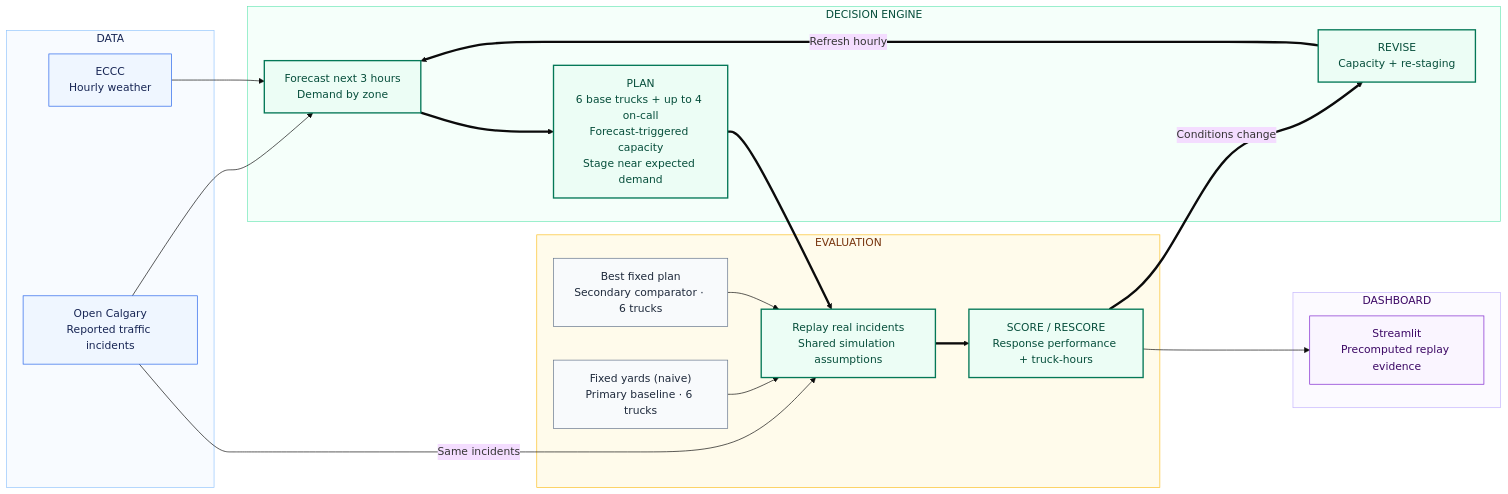
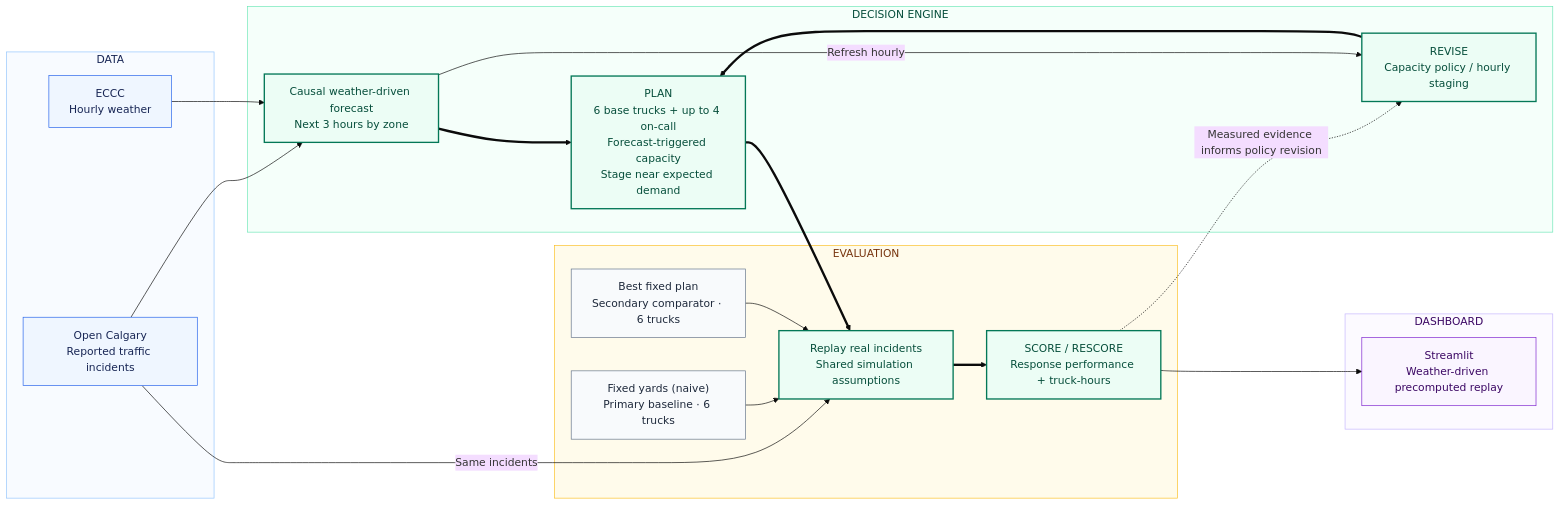
The diagram in docs/architecture-visual.md (Drakooz/Stormstage), drawn with Mermaid (base theme) before and after one commit. The commit also changed other lines of this file and 6 other files, not shown here.

Commit message:
Finalize judge-facing weather-driven evidence

````diff
--- a/docs/architecture-visual.md
+++ b/docs/architecture-visual.md
@@ -5,51 +5,51 @@
 ```mermaid
-%% Final design: current replay/results use B's stand-in forecast.
-%% A's final weather-driven forecast integration and evaluation are pending.
+%% Integrated source a: causal weather-driven forecast and saved replay evidence.
 flowchart LR
     subgraph DATA["DATA"]
         I["Open Calgary<br/>Reported traffic incidents"]
         W["ECCC<br/>Hourly weather"]
     end
 
     subgraph ENGINE["DECISION ENGINE"]
-        F["Forecast next 3 hours<br/>Demand by zone"]
+        F["Causal weather-driven forecast<br/>Next 3 hours by zone"]
         P["PLAN<br/>6 base trucks + up to 4 on-call<br/>Forecast-triggered capacity<br/>Stage near expected demand"]
-        V["REVISE<br/>Capacity + re-staging"]
+        V["REVISE<br/>Capacity policy / hourly staging"]
     end
 
     subgraph EVAL["EVALUATION"]
         B1["Fixed yards (naive)<br/>Primary baseline · 6 trucks"]
         B2["Best fixed plan<br/>Secondary comparator · 6 trucks"]
         R["Replay real incidents<br/>Shared simulation assumptions"]
         S["SCORE / RESCORE<br/>Response performance + truck-hours"]
     end
 
     subgraph DASH["DASHBOARD"]
-        D["Streamlit<br/>Precomputed replay evidence"]
+        D["Streamlit<br/>Weather-driven precomputed replay"]
     end
 
     I --> F
     W --> F
     F ==> P
     P ==> R
     I -->|Same incidents| R
     B1 --> R
     B2 --> R
     R ==> S
-    S ==>|Conditions change| V
-    V ==>|Refresh hourly| F
+    S -.->|Measured evidence informs policy revision| V
+    F -->|Refresh hourly| V
+    V ==> P
     S --> D
 
     classDef data fill:#eff6ff,stroke:#2563eb,color:#172554
     classDef loop fill:#ecfdf5,stroke:#047857,color:#064e3b,stroke-width:2px
     classDef baseline fill:#f8fafc,stroke:#64748b,color:#1e293b
     classDef dashboard fill:#faf5ff,stroke:#7e22ce,color:#3b0764
     class I,W data
     class F,P,V,R,S loop
     class B1,B2 baseline
     class D dashboard
     style DATA fill:#f8fbff,stroke:#93c5fd,color:#172554
     style ENGINE fill:#f5fffa,stroke:#6ee7b7,color:#064e3b
     style EVAL fill:#fffbeb,stroke:#fbbf24,color:#78350f
     style DASH fill:#fcfaff,stroke:#c4b5fd,color:#3b0764
 ```
````
